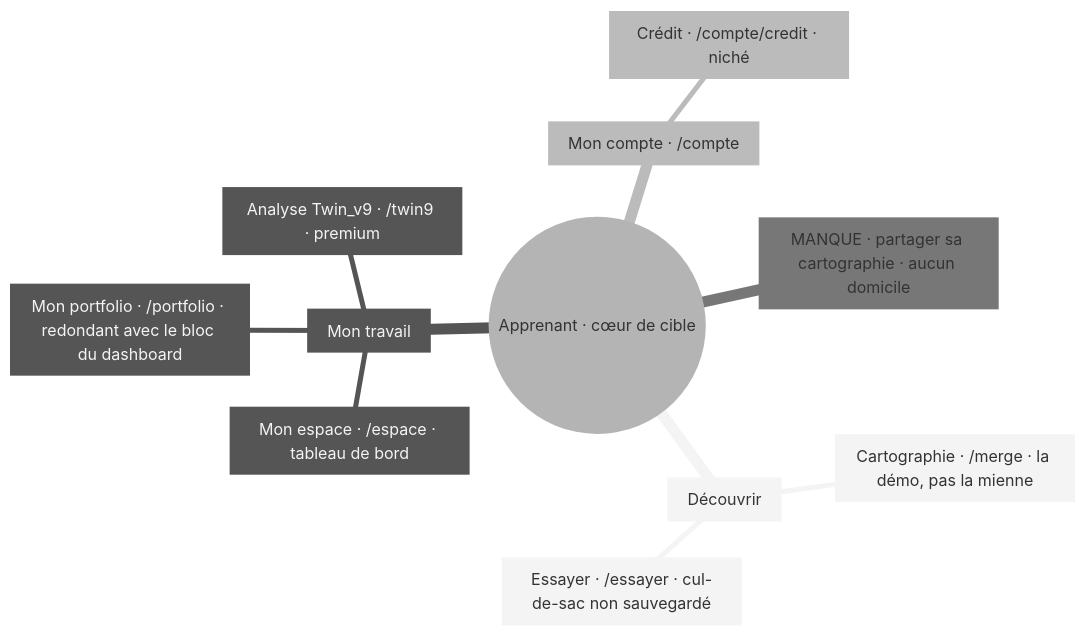
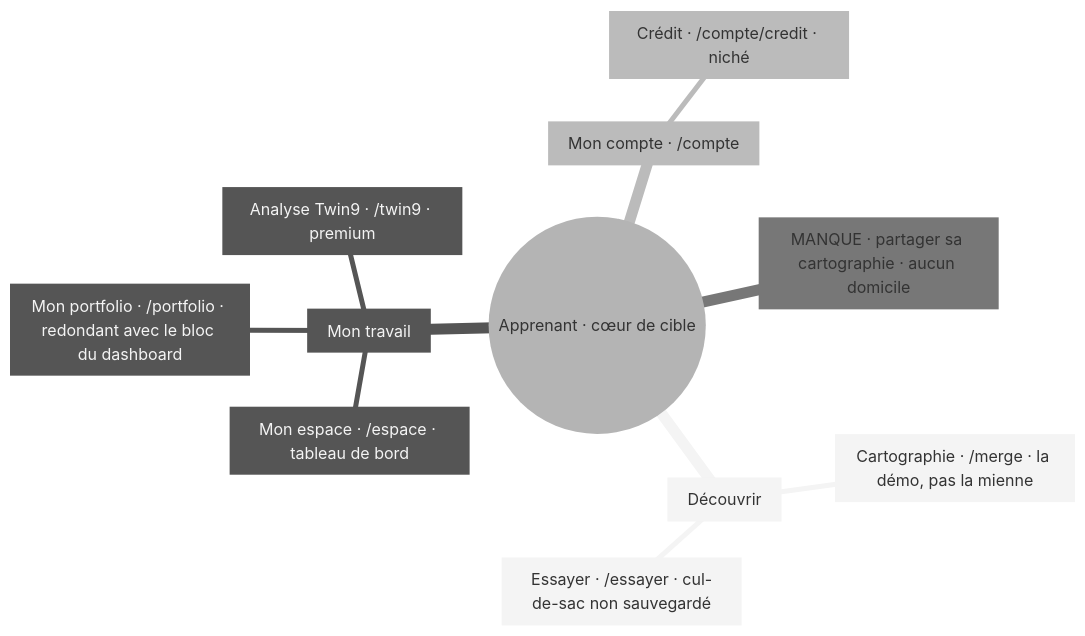
One commit to 4nd4ny/humanome changed the third of 12 diagrams in docs/ergonomie-navigation.md. Above: the diagram before and after it, drawn with Mermaid (neutral theme). The commit also changed other lines of this file and 78 other files, not shown here.

````diff
--- a/docs/ergonomie-navigation.md
+++ b/docs/ergonomie-navigation.md
@@ -136,14 +136,14 @@
 ```mermaid
 mindmap
   root((Apprenant · cœur de cible))
     d["Découvrir"]
       d1["Cartographie · /merge · la démo, pas la mienne"]
       d2["Essayer · /essayer · cul-de-sac non sauvegardé"]
     t["Mon travail"]
       t1["Mon espace · /espace · tableau de bord"]
       t2["Mon portfolio · /portfolio · redondant avec le bloc du dashboard"]
-      t3["Analyse Twin_v9 · /twin9 · premium"]
+      t3["Analyse Twin9 · /twin9 · premium"]
     cc["Mon compte · /compte"]
       cc1["Crédit · /compte/credit · niché"]
     x["MANQUE · partager sa cartographie · aucun domicile"]
 ```
````
